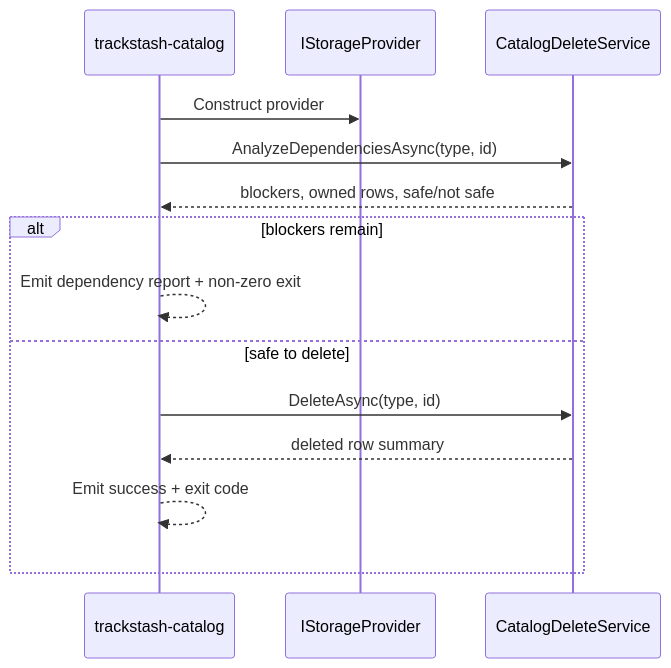
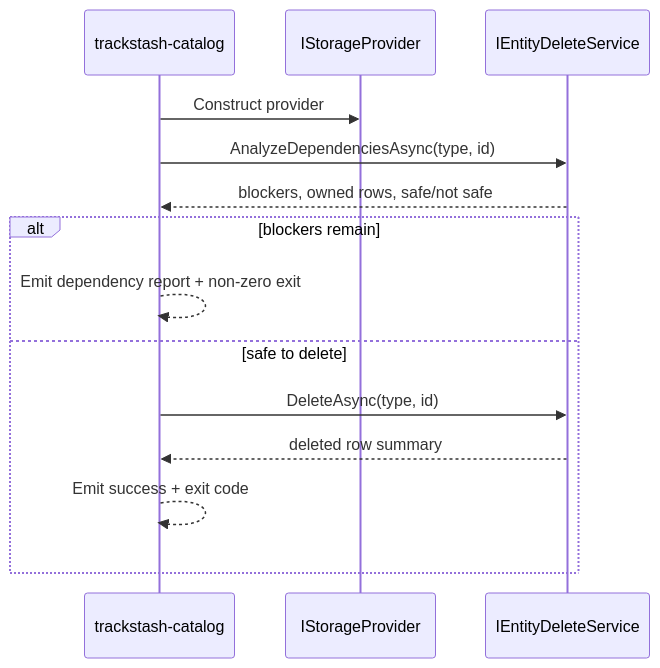
The third of 3 diagrams in SPEC.md (ionise/trackstash-catalog), drawn with Mermaid before and after one commit. The commit also changed other lines of this file and 4 other files, not shown here.

````diff
--- a/SPEC.md
+++ b/SPEC.md
@@ -437,17 +449,17 @@
 ```mermaid
 sequenceDiagram
     participant CLI as trackstash-catalog
     participant SP as IStorageProvider
-    participant DEL as CatalogDeleteService
+    participant DEL as IEntityDeleteService
 
     CLI->>SP: Construct provider
     CLI->>DEL: AnalyzeDependenciesAsync(type, id)
     DEL-->>CLI: blockers, owned rows, safe/not safe
     alt blockers remain
         CLI-->>CLI: Emit dependency report + non-zero exit
     else safe to delete
         CLI->>DEL: DeleteAsync(type, id)
         DEL-->>CLI: deleted row summary
         CLI-->>CLI: Emit success + exit code
     end
 ```
````
